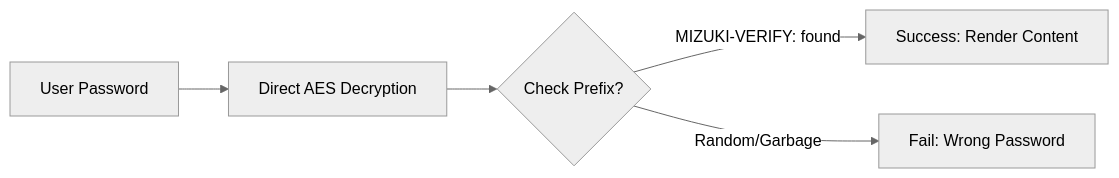
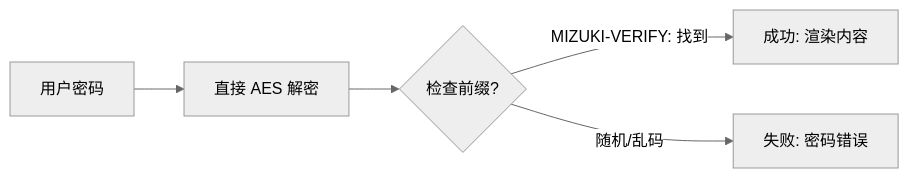
Before and after one commit to safe-450/blog: the diagram in src/content/posts/encrypted-post.md, drawn with Mermaid (neutral theme). The commit also changed other lines of this file and 17 other files, not shown here.

````diff
--- a/src/content/posts/encrypted-post.md
+++ b/src/content/posts/encrypted-post.md
@@ -98,7 +91,7 @@
 ```mermaid
 graph LR
-    A[User Password] --> B[Direct AES Decryption]
-    B --> C{Check Prefix?}
-    C -- "MIZUKI-VERIFY:" found --> D[Success: Render Content]
-    C -- Random/Garbage --> E[Fail: Wrong Password]
+    A[用户密码] --> B[直接 AES 解密]
+    B --> C{检查前缀?}
+    C -- "MIZUKI-VERIFY:" 找到 --> D[成功: 渲染内容]
+    C -- 随机/乱码 --> E[失败: 密码错误]
 ```
````
